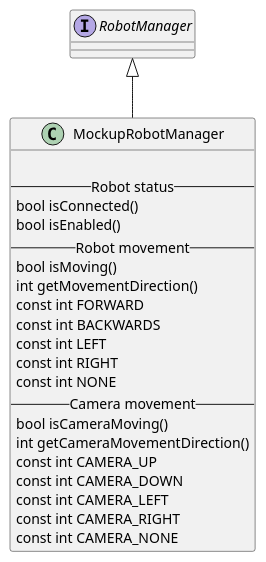
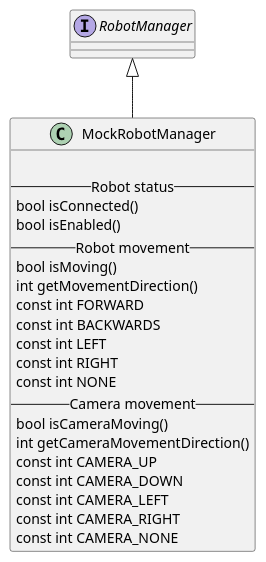
Before and after one commit to asrob-uc3m/robotDevastation-developer-manual: the third of 3 diagrams in en/robot-management.md, drawn with PlantUML. The commit also changed other lines of this file and 10 other files, not shown here.

First line of the commit message:
Replace 'Mockup' with 'Mock'

```diff
--- a/en/robot-management.md
+++ b/en/robot-management.md
@@ -78,26 +78,26 @@
 {% plantuml %}
 interface RobotManager
-class MockupRobotManager {
+class MockRobotManager {
 
 --Robot status--
 bool isConnected()
 bool isEnabled()
 --Robot movement--
 bool isMoving()
 int getMovementDirection()
 const int FORWARD
 const int BACKWARDS
 const int LEFT
 const int RIGHT
 const int NONE
 --Camera movement --
 bool isCameraMoving()
 int getCameraMovementDirection()
 const int CAMERA_UP
 const int CAMERA_DOWN
 const int CAMERA_LEFT
 const int CAMERA_RIGHT
 const int CAMERA_NONE
 }
-RobotManager <|-- MockupRobotManager
+RobotManager <|-- MockRobotManager
 {% endplantuml %}
```
